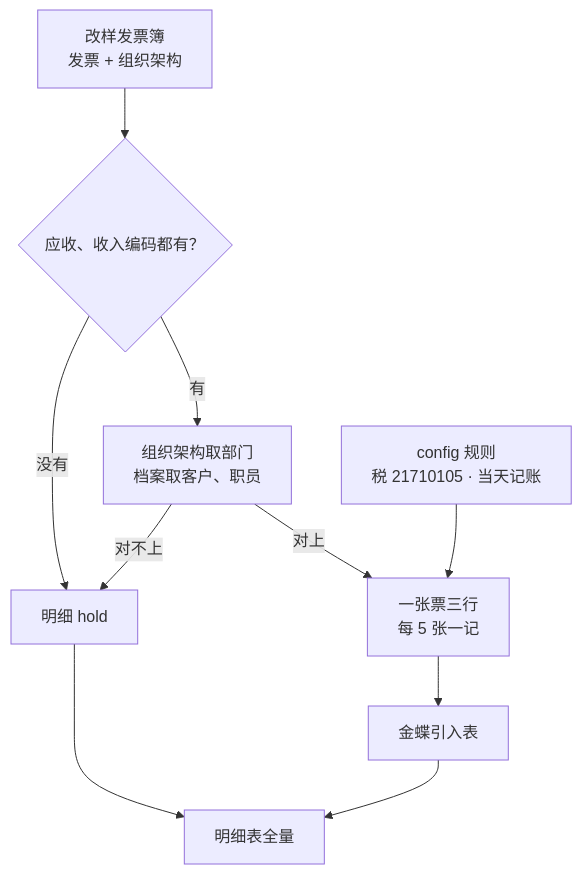
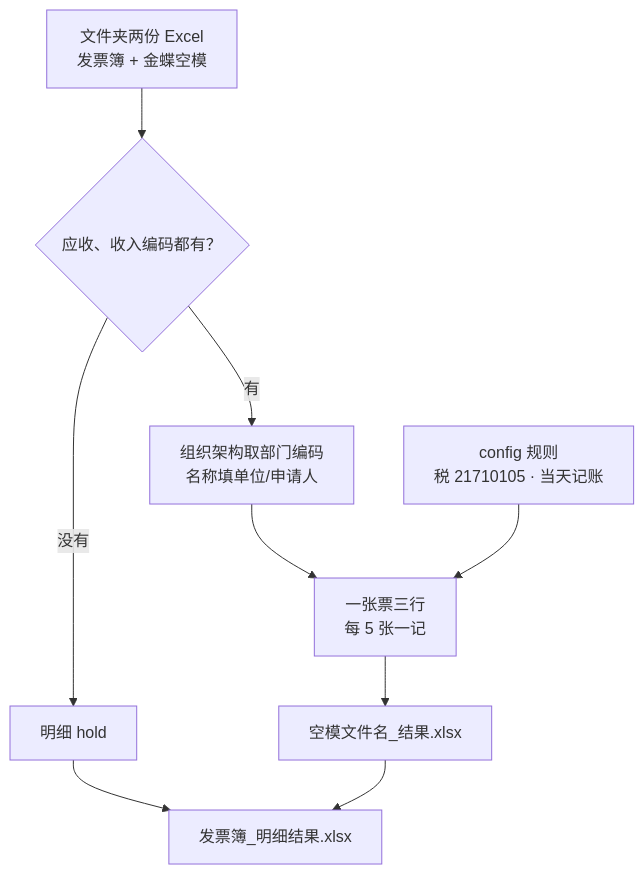
The diagram in skills/qige-invoice-to-kingdee/README.md (EvanLee2004/finance-skills), drawn with Mermaid before and after one commit. The commit also changed other lines of this file and 6 other files, not shown here.

````diff
--- a/skills/qige-invoice-to-kingdee/README.md
+++ b/skills/qige-invoice-to-kingdee/README.md
@@ -41,12 +41,11 @@
 ```mermaid
 flowchart TD
-  A["改样发票簿<br/>发票 + 组织架构"] --> B{"应收、收入编码都有？"}
+  A["文件夹两份 Excel<br/>发票簿 + 金蝶空模"] --> B{"应收、收入编码都有？"}
   B -->|没有| H["明细 hold"]
-  B -->|有| C["组织架构取部门<br/>档案取客户、职员"]
-  C -->|对不上| H
-  C -->|对上| D["一张票三行<br/>每 5 张一记"]
-  D --> E["金蝶引入表"]
-  H --> F["明细表全量"]
+  B -->|有| C["组织架构取部门编码<br/>名称填单位/申请人"]
+  C --> D["一张票三行<br/>每 5 张一记"]
+  D --> E["空模文件名_结果.xlsx"]
+  H --> F["发票簿_明细结果.xlsx"]
   E --> F
   R["config 规则<br/>税 21710105 · 当天记账"] --> D
 ```
````
